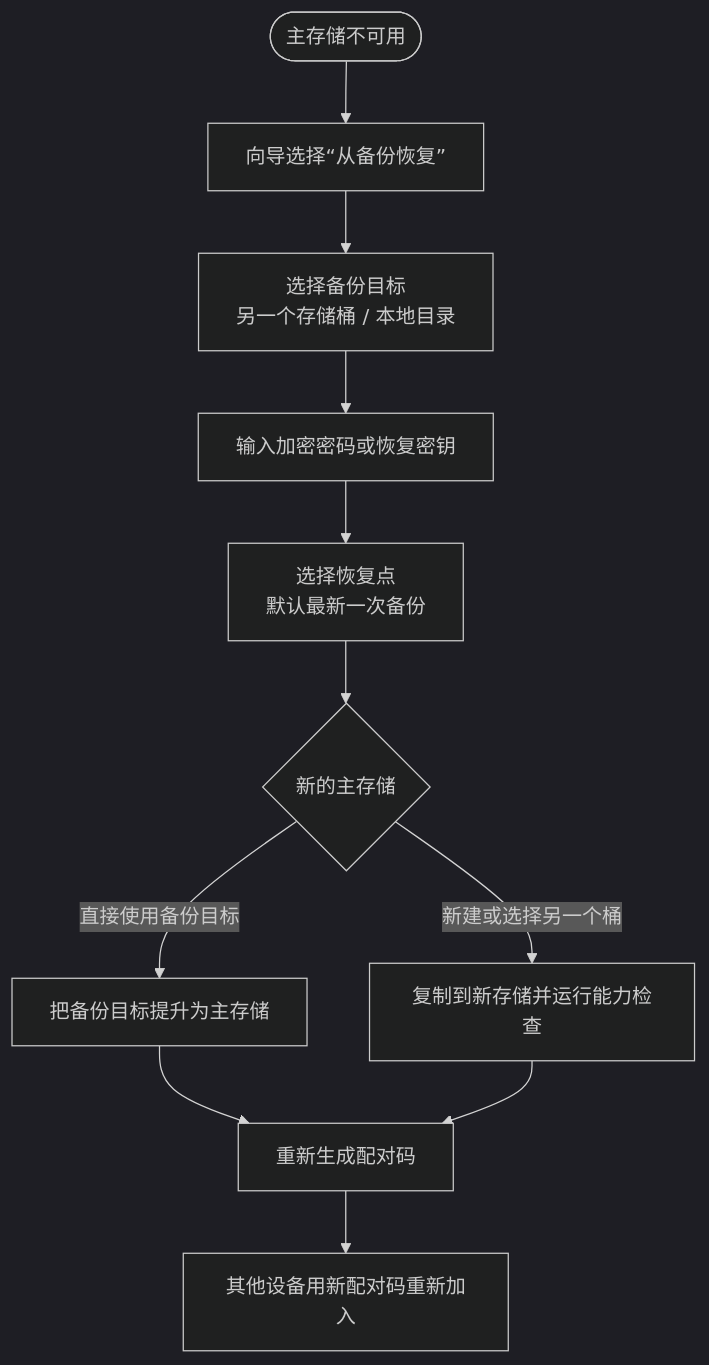
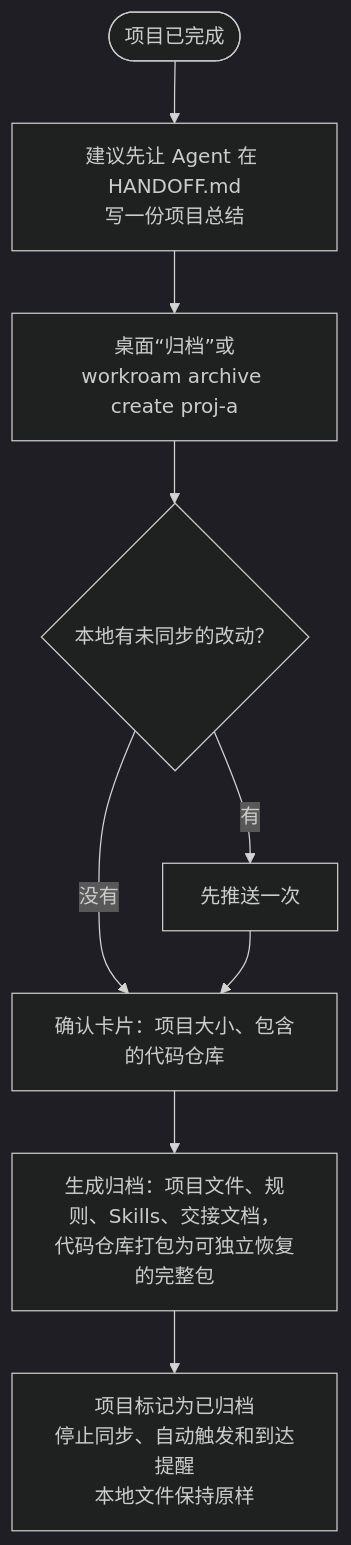
The third of 3 diagrams in docs/prd.md (kverona-ai/workroam), drawn with Mermaid (dark theme) before and after one commit. The commit also changed other lines of this file and 8 other files, not shown here.

````diff
--- a/docs/prd.md
+++ b/docs/prd.md
@@ -260,13 +247,11 @@
 ```mermaid
 flowchart TD
-    A([主存储不可用]) --> B[向导选择“从备份恢复”]
-    B --> C[选择备份目标<br/>另一个存储桶 / 本地目录]
-    C --> D[输入加密密码或恢复密钥]
-    D --> E[选择恢复点<br/>默认最新一次备份]
-    E --> F{新的主存储}
-    F -- 直接使用备份目标 --> G[把备份目标提升为主存储]
-    F -- 新建或选择另一个桶 --> H[复制到新存储并运行能力检查]
-    G --> I[重新生成配对码]
-    H --> I
-    I --> J[其他设备用新配对码重新加入]
+    A([项目已完成]) --> B[建议先让 Agent 在 HANDOFF.md<br/>写一份项目总结]
+    B --> C[桌面“归档”或<br/>workroam archive create proj-a]
+    C --> D{本地有未同步的改动？}
+    D -- 有 --> E[先推送一次]
+    D -- 没有 --> F
+    E --> F[确认卡片：项目大小、包含的代码仓库]
+    F --> G[生成归档：项目文件、规则、Skills、交接文档，<br/>代码仓库打包为可独立恢复的完整包]
+    G --> H[项目标记为已归档<br/>停止同步、自动触发和到达提醒<br/>本地文件保持原样]
 ```
````
